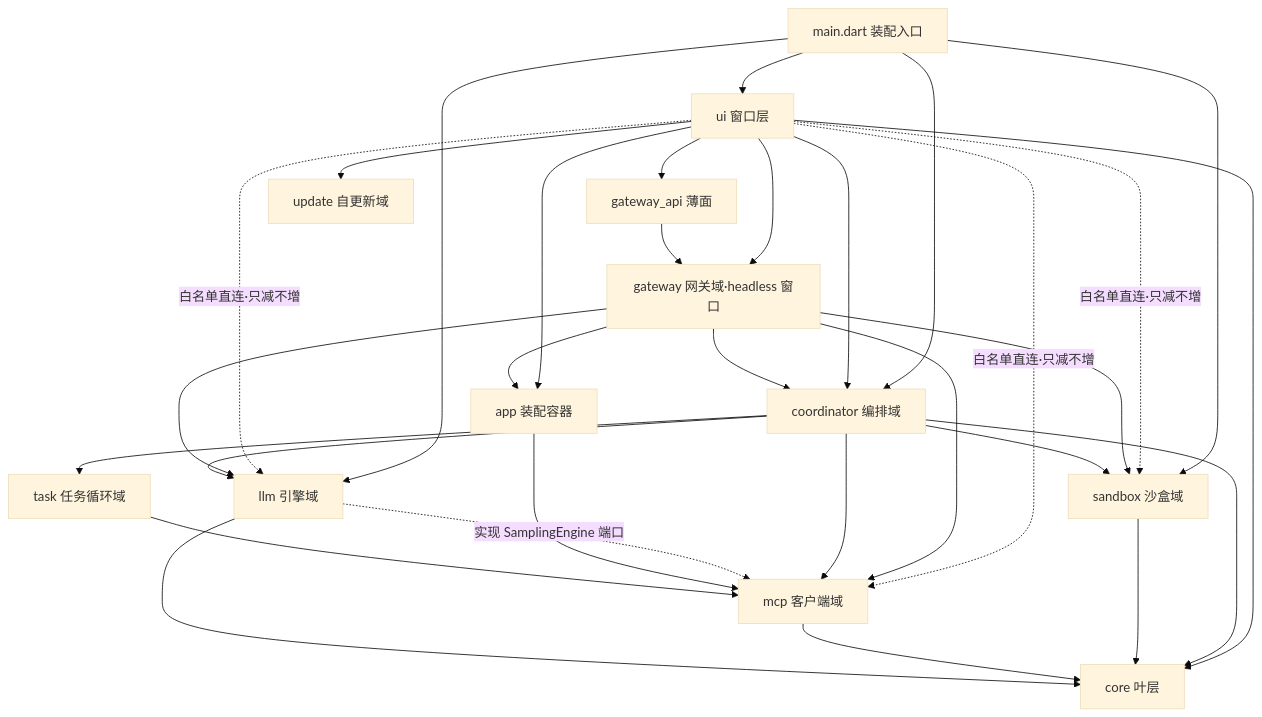
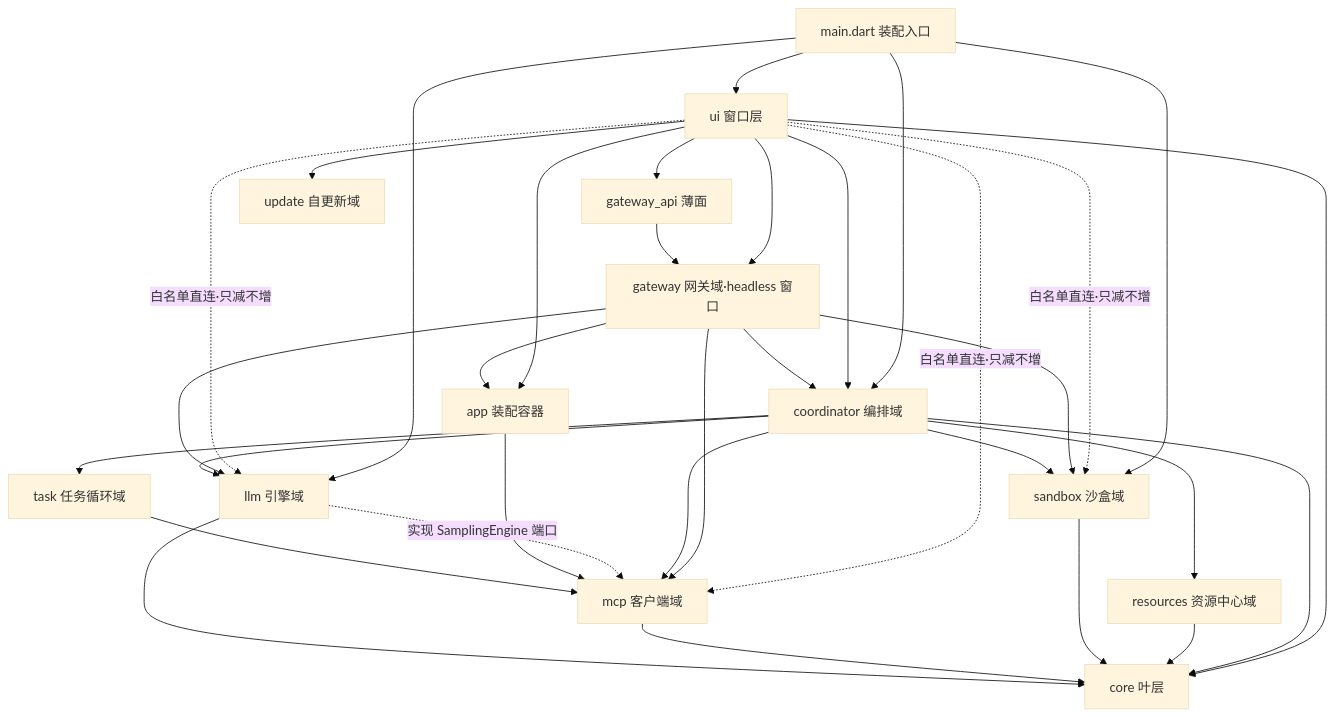
The diagram in docs/project/coding-standards.md (loveheng/goodhub), drawn with Mermaid (base theme) before and after one commit. The commit also changed other lines of this file and 30 other files, not shown here.

````diff
--- a/docs/project/coding-standards.md
+++ b/docs/project/coding-standards.md
@@ -36,46 +37,49 @@
 ```mermaid
 flowchart TD
     main[main.dart 装配入口]
     app[app 装配容器]
     core[core 叶层]
     llm[llm 引擎域]
     mcp[mcp 客户端域]
     sandbox[sandbox 沙盒域]
     task[task 任务循环域]
+    resources[resources 资源中心域]
     coord[coordinator 编排域]
     gateway[gateway 网关域·headless 窗口]
     gwapi[gateway_api 薄面]
     ui[ui 窗口层]
     update[update 自更新域]
 
     llm --> core
     mcp --> core
     sandbox --> core
     task --> mcp
+    resources --> core
     app --> mcp
     llm -. 实现 SamplingEngine 端口 .-> mcp
     coord --> core
     coord --> llm
     coord --> mcp
     coord --> sandbox
     coord --> task
+    coord --> resources
     gateway --> coord
     gateway --> mcp
     gateway --> llm
     gateway --> sandbox
     gateway --> app
     gwapi --> gateway
     ui --> coord
     ui --> core
     ui --> app
     ui --> gateway
     ui --> gwapi
     ui --> update
     ui -. 白名单直连·只减不增 .-> mcp
     ui -. 白名单直连·只减不增 .-> sandbox
     ui -. 白名单直连·只减不增 .-> llm
     main --> ui
     main --> coord
     main --> llm
     main --> sandbox
 ```
````
